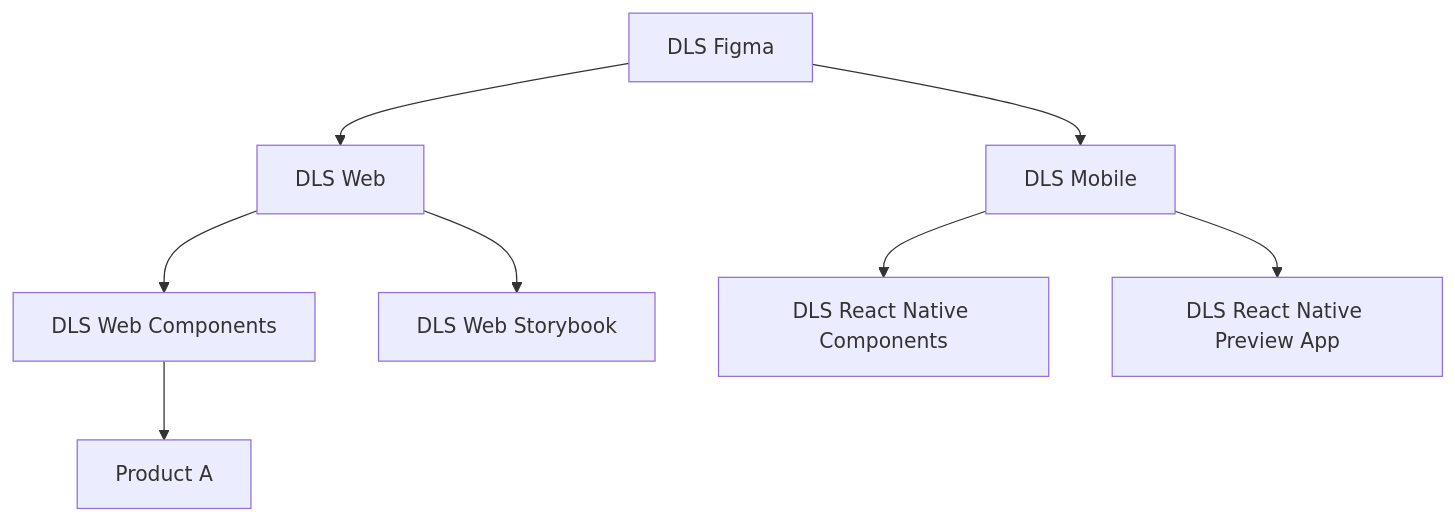
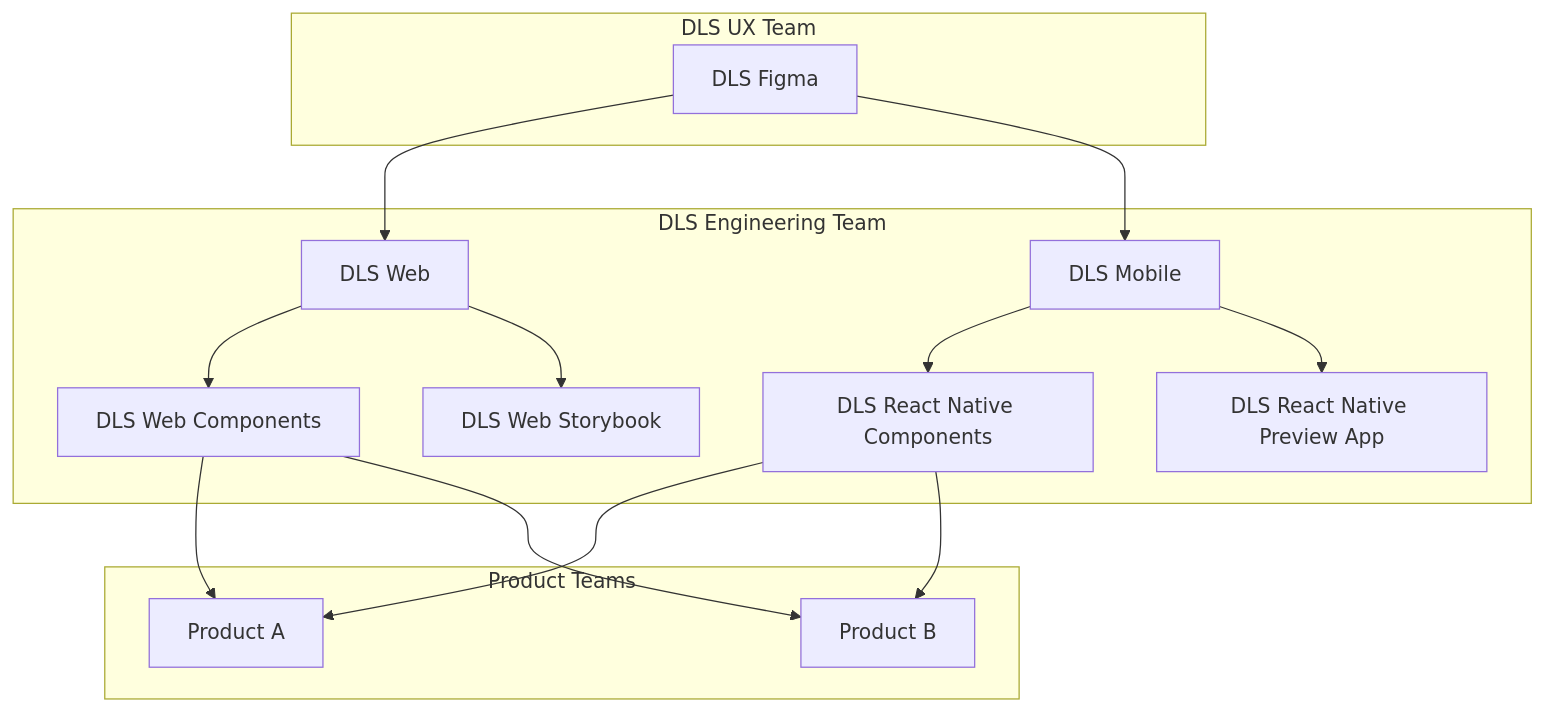
The diagram in assets/content/projects/project-DLS.mdx (sudhir4ev/commitd), drawn with Mermaid before and after one commit. The commit also changed other lines of this file, not shown here.

Commit message:
DLS content updates

````diff
--- a/assets/content/projects/project-DLS.mdx
+++ b/assets/content/projects/project-DLS.mdx
@@ -44,10 +44,28 @@
 ```mermaid
 flowchart TD
-    A[DLS Figma] --> B[DLS Web]
-    A[DLS Figma] --> C[DLS Mobile]
-    B --> D[DLS Web Components]
-    C --> E[DLS React Native Components]
-    B --> H[DLS Web Storybook]
-    C --> I[DLS React Native Preview App]
-    D --> J[Product A]
+    subgraph UX team["DLS UX Team"]
+        figma[DLS Figma]
+    end
+    subgraph DLS eng["DLS Engineering Team"]
+        web[DLS Web]
+        mobile[DLS Mobile]
+        web-comp[DLS Web Components]
+        rn-comp[DLS React Native Components]
+        storybook[DLS Web Storybook]
+        preview[DLS React Native Preview App]
+    end
+    subgraph Product["Product Teams"]
+        prod-a[Product A]
+        prod-b[Product B]
+    end
+    figma --> web
+    figma --> mobile
+    web --> web-comp
+    mobile --> rn-comp
+    web --> storybook
+    mobile --> preview
+    web-comp --> prod-a
+    rn-comp --> prod-a
+    web-comp --> prod-b
+    rn-comp --> prod-b
 ```
````
